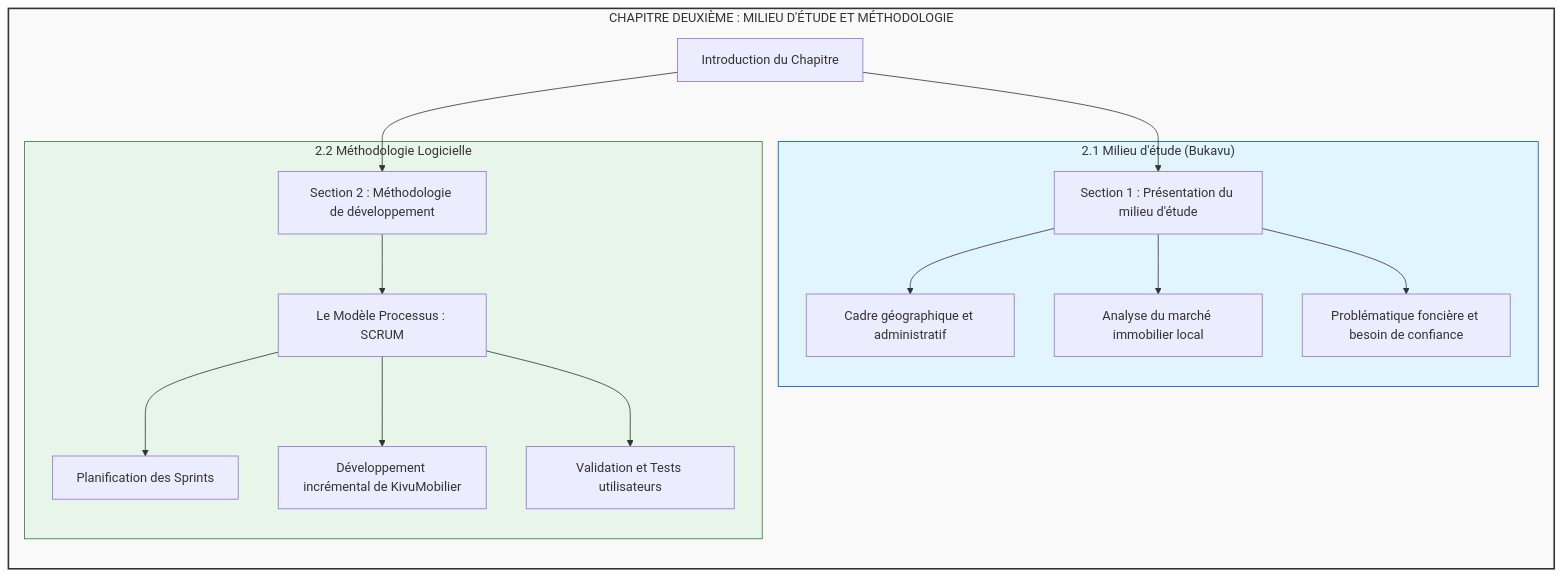
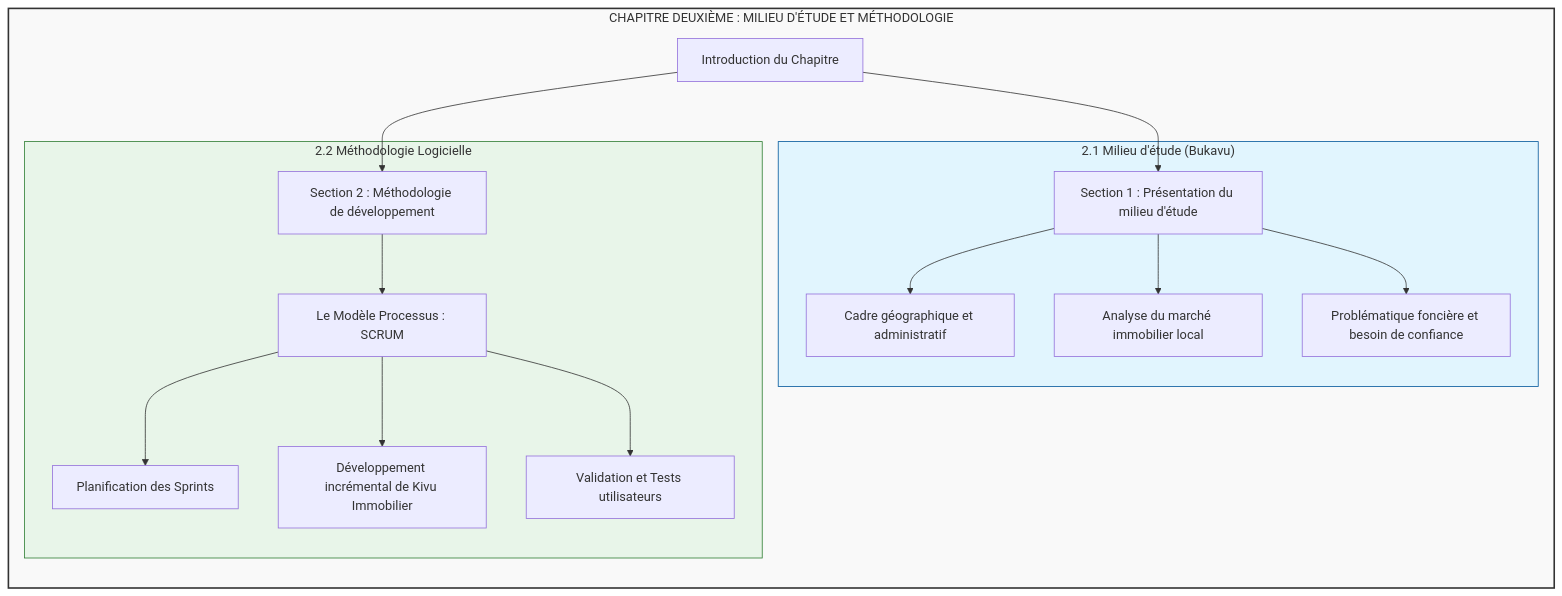
Before and after one commit to johnmoka111/memoire-LWESSO: the diagram in docs chap2/diagramme_1_plan.md, drawn with Mermaid. The commit also changed 66 other files, not shown here.

Commit message:
Mise a jour complete du projet Kivu Immobilier

````diff
--- a/docs chap2/diagramme_1_plan.md
+++ b/docs chap2/diagramme_1_plan.md
@@ -3,25 +3,25 @@
 ```mermaid
 flowchart TD
     subgraph Chap2 ["CHAPITRE DEUXIÈME : MILIEU D'ÉTUDE ET MÉTHODOLOGIE"]
         direction TB
         A[Introduction du Chapitre] --> B[Section 1 : Présentation du milieu d'étude]
         A --> C[Section 2 : Méthodologie de développement]
         
         subgraph S1 ["2.1 Milieu d'étude (Bukavu)"]
             B --> B1[Cadre géographique et administratif]
             B --> B2[Analyse du marché immobilier local]
             B --> B3[Problématique foncière et besoin de confiance]
         end
         
         subgraph S2 ["2.2 Méthodologie Logicielle"]
             C --> C1[Le Modèle Processus : SCRUM]
             C1 --> C2[Planification des Sprints]
-            C1 --> C3[Développement incrémental de KivuMobilier]
+            C1 --> C3[Développement incrémental de Kivu Immobilier]
             C1 --> C4[Validation et Tests utilisateurs]
         end
     end
 
     style Chap2 fill:#f9f9f9,stroke:#333,stroke-width:2px
     style S1 fill:#e1f5fe,stroke:#01579b
     style S2 fill:#e8f5e9,stroke:#2e7d32
 ```
````
